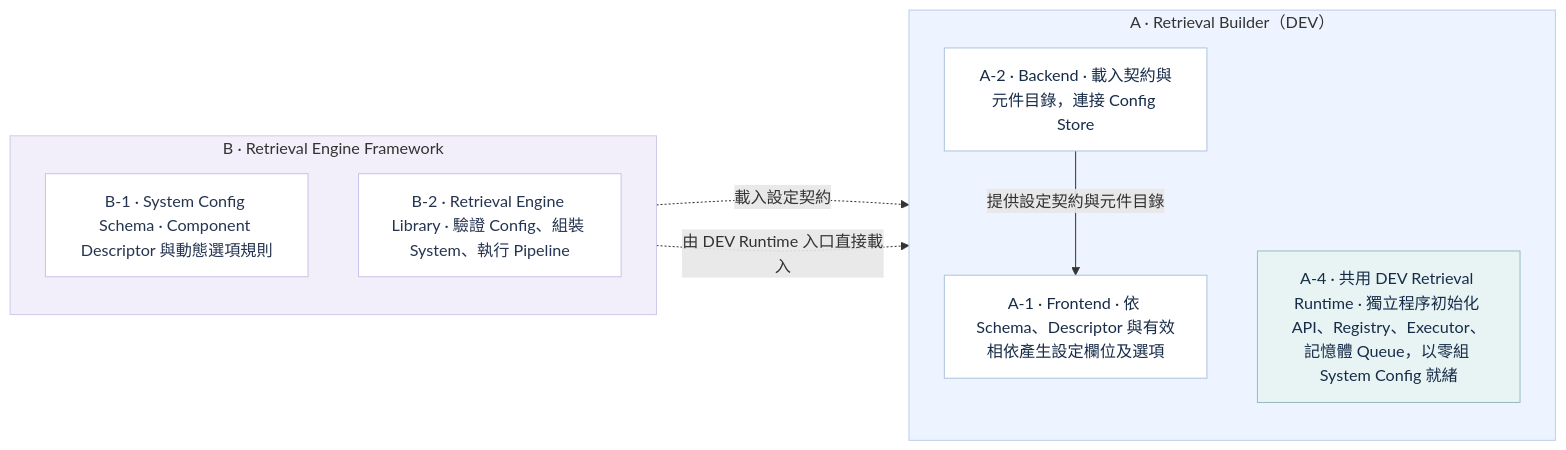
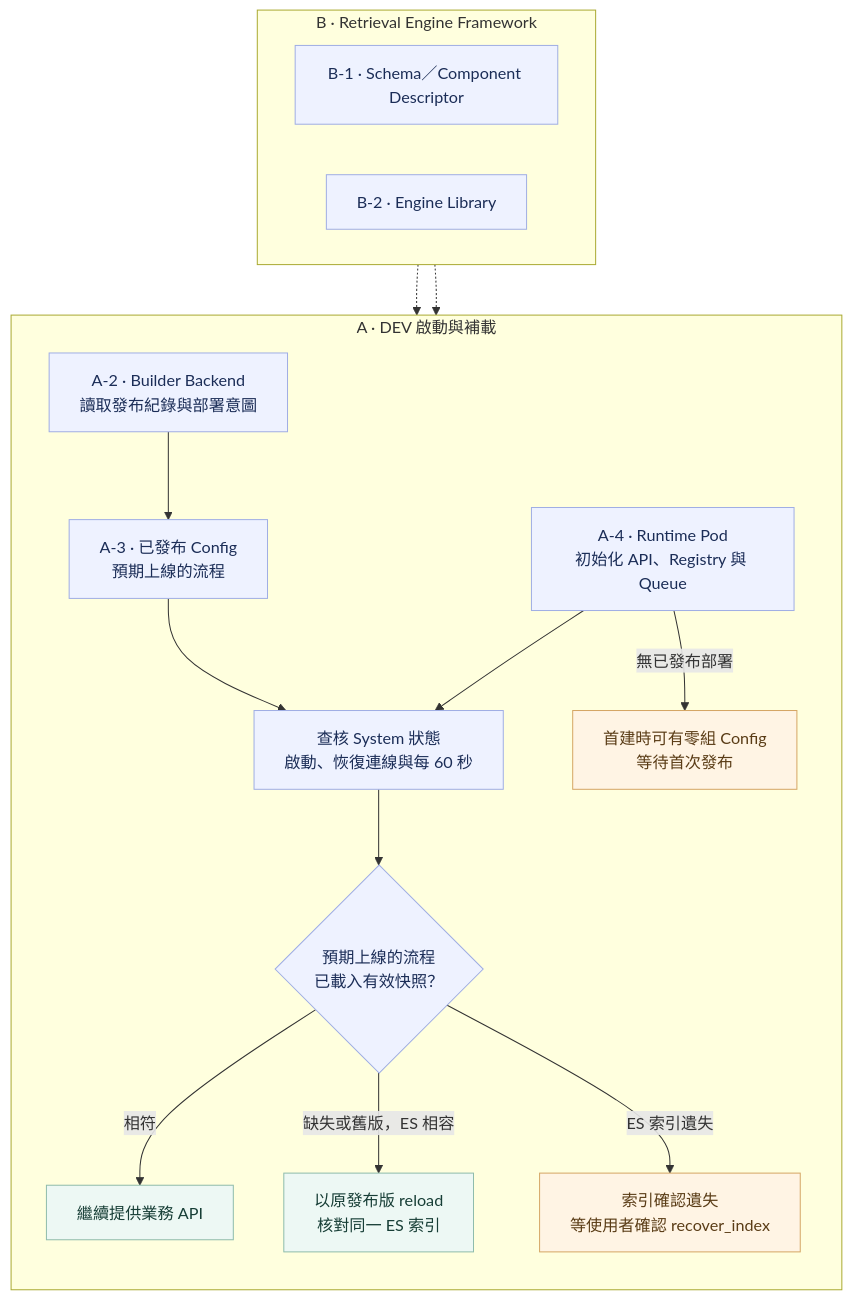
The diagram in diagrams/02_infra_architecture_startup.mmd (SunnyWenwen/rag_platform), drawn with Mermaid before and after one commit. The commit also changed 17 other files, not shown here.

Commit message:
Update Builder prototype and diagrams for Runtime pipeline lifecycle

```diff
--- a/diagrams/02_infra_architecture_startup.mmd
+++ b/diagrams/02_infra_architecture_startup.mmd
@@ -1,29 +1,36 @@
-flowchart LR
-  %% Initial DEV startup before a user publishes the first System Config.
-  %% Component IDs match the architecture after user operations.
+flowchart TB
+  %% 同名 SVG 固定版面，PNG 由 SVG 轉出。
+  subgraph B["B · Retrieval Engine Framework"]
+    direction LR
+    B1["B-1 · Schema／Component Descriptor"]
+    B2["B-2 · Engine Library"]
+  end
+  subgraph A["A · DEV 啟動與補載"]
+    direction TB
+    A2["A-2 · Builder Backend<br/>讀取發布紀錄與部署意圖"]
+    A4["A-4 · Runtime Pod<br/>初始化 API、Registry 與 Queue"]
+    A3["A-3 · 已發布 Config<br/>預期上線的流程"]
+    Verify["查核 System 狀態<br/>啟動、恢復連線與每 60 秒"]
+    Decision{"預期上線的流程<br/>已載入有效快照？"}
+    Keep["繼續提供業務 API"]
+    Reload["以原發布版 reload<br/>核對同一 ES 索引"]
+    Wait["索引確認遺失<br/>等使用者確認 recover_index"]
+    Empty["首建時可有零組 Config<br/>等待首次發布"]
 
-  subgraph B["B · Retrieval Engine Framework"]
-    direction TB
-    B1["B-1 · System Config Schema · Component Descriptor 與動態選項規則"]
-    B2["B-2 · Retrieval Engine Library · 驗證 Config、組裝 System、執行 Pipeline"]
+    A2 --> A3 --> Verify
+    A4 --> Verify
+    Verify --> Decision
+    Decision -->|"相符"| Keep
+    Decision -->|"缺失或舊版，ES 相容"| Reload
+    Decision -->|"ES 索引遺失"| Wait
+    A4 -->|"無已發布部署"| Empty
   end
+  B1 -.-> A2
+  B2 -.-> A4
 
-  subgraph A["A · Retrieval Builder（DEV）"]
-    direction TB
-    A2["A-2 · Backend · 載入契約與元件目錄，連接 Config Store"]
-    A1["A-1 · Frontend · 依 Schema、Descriptor 與有效相依產生設定欄位及選項"]
-    A4["A-4 · 共用 DEV Retrieval Runtime · 獨立程序初始化 API、Registry、Executor、記憶體 Queue，以零組 System Config 就緒"]
-    A2 -->|"提供設定契約與元件目錄"| A1
-  end
-
-  B1 -.->|"載入設定契約"| A2
-  B2 -.->|"由 DEV Runtime 入口直接載入"| A4
-
-  classDef builder fill:#ffffff,stroke:#aec2df,color:#172c48
-  classDef engine fill:#ffffff,stroke:#c8c2e9,color:#253450
-  classDef runtime fill:#e8f4f4,stroke:#96bcc2,color:#172c48
-  class A1,A2 builder
-  class B1,B2 engine
-  class A4 runtime
-  style A fill:#eef4ff,stroke:#bbcee8
-  style B fill:#f2effa,stroke:#d1c9e8
+  classDef service fill:#eef2ff,stroke:#a0aee4,color:#1b2d57
+  classDef ready fill:#edf8f4,stroke:#8fbcac,color:#173e36
+  classDef wait fill:#fff4e4,stroke:#d5a665,color:#5a3c16
+  class B1,B2,A2,A3,A4,Verify,Decision service
+  class Keep,Reload ready
+  class Wait,Empty wait
```
